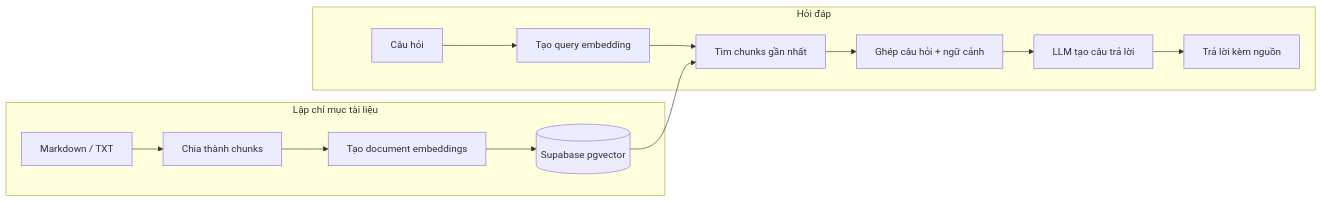
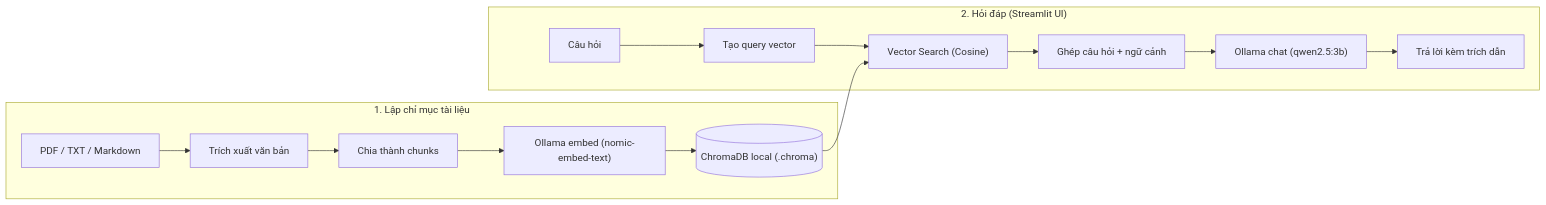
The diagram in content/blog/vi/ai/2026-09-27-rag-tutorial-build-tro-ly-tai-lieu.mdx (tuannd98fdn/bravee-blog), drawn with Mermaid before and after one commit. The commit also changed other lines of this file, not shown here.

Commit message:
feat: update RAG tutorial to local ChromaDB with Ollama and link hands-on repo

````diff
--- a/content/blog/vi/ai/2026-09-27-rag-tutorial-build-tro-ly-tai-lieu.mdx
+++ b/content/blog/vi/ai/2026-09-27-rag-tutorial-build-tro-ly-tai-lieu.mdx
@@ -32,16 +28,17 @@
 ```mermaid
 flowchart LR
-    subgraph Indexing["Lập chỉ mục tài liệu"]
-        Files["Markdown / TXT"] --> Split["Chia thành chunks"]
-        Split --> EmbedDocs["Tạo document embeddings"]
-        EmbedDocs --> DB[("Supabase pgvector")]
+    subgraph Indexing["1. Lập chỉ mục tài liệu"]
+        Files["PDF / TXT / Markdown"] --> Extract["Trích xuất văn bản"]
+        Extract --> Split["Chia thành chunks"]
+        Split --> EmbedDocs["Ollama embed (nomic-embed-text)"]
+        EmbedDocs --> DB[("ChromaDB local (.chroma)")]
     end
-    subgraph Query["Hỏi đáp"]
-        Question["Câu hỏi"] --> EmbedQuery["Tạo query embedding"]
-        EmbedQuery --> Search["Tìm chunks gần nhất"]
+    subgraph Query["2. Hỏi đáp (Streamlit UI)"]
+        Question["Câu hỏi"] --> EmbedQuery["Tạo query vector"]
+        EmbedQuery --> Search["Vector Search (Cosine)"]
         DB --> Search
         Search --> Prompt["Ghép câu hỏi + ngữ cảnh"]
-        Prompt --> LLM["LLM tạo câu trả lời"]
-        LLM --> Answer["Trả lời kèm nguồn"]
+        Prompt --> LLM["Ollama chat (qwen2.5:3b)"]
+        LLM --> Answer["Trả lời kèm trích dẫn"]
     end
 ```
````
